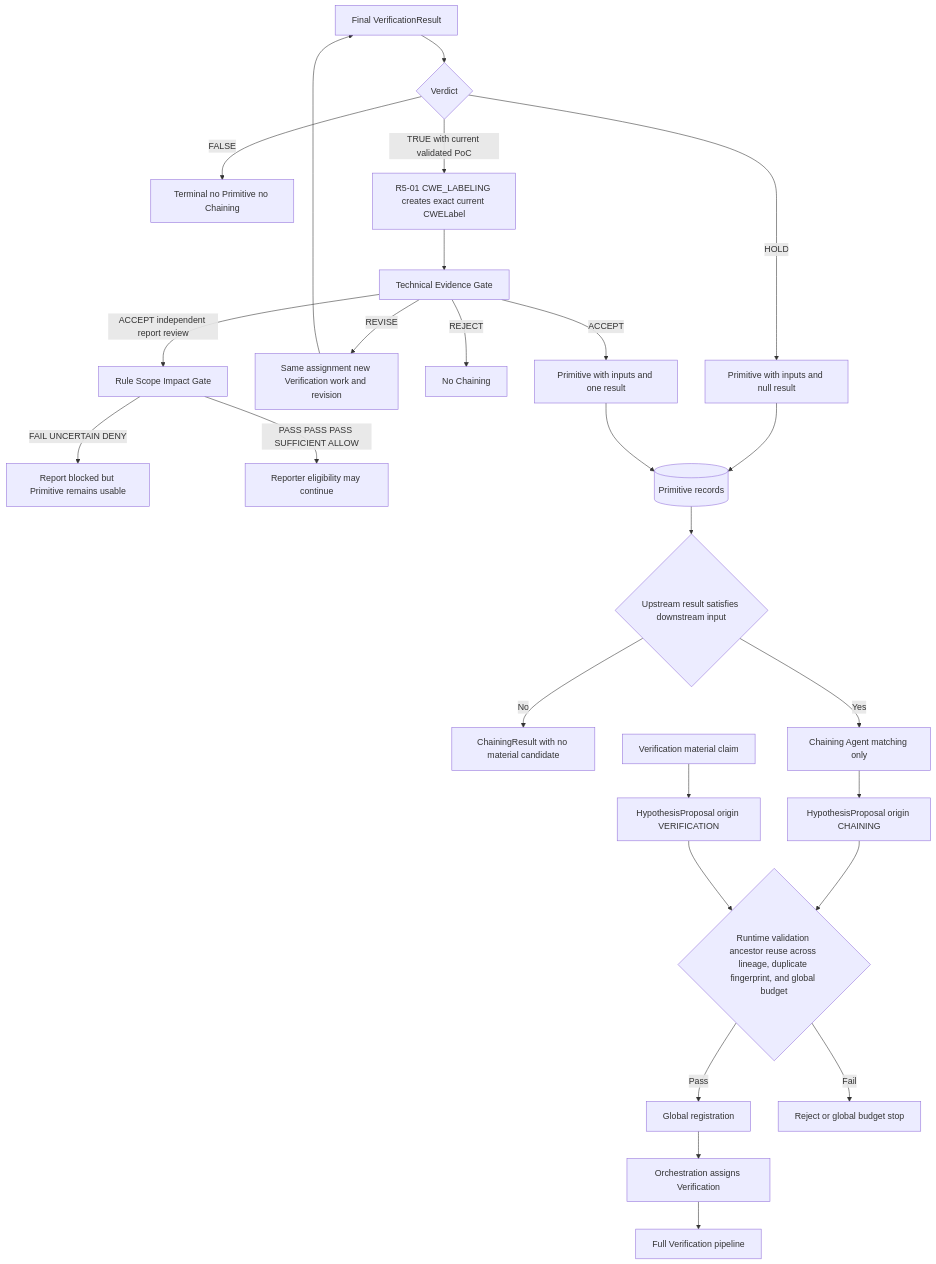
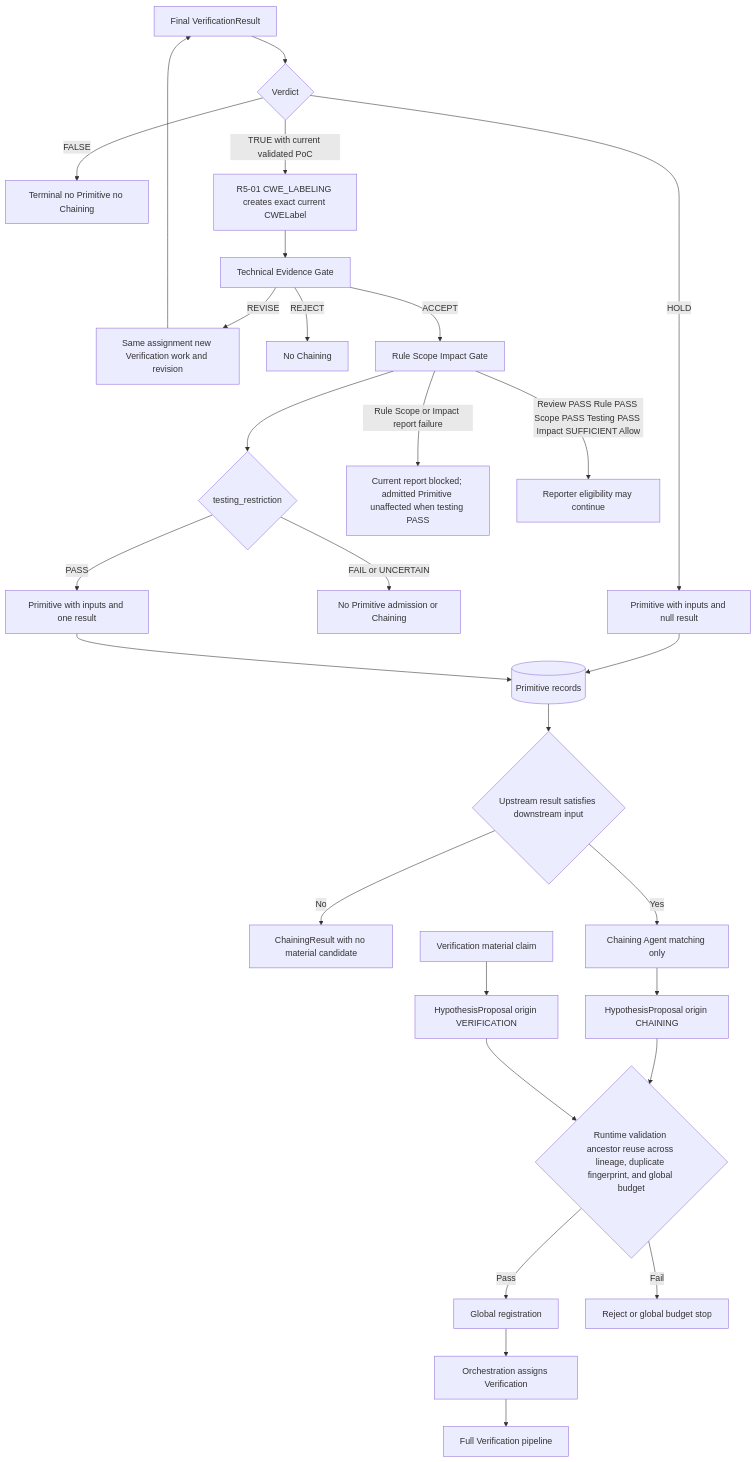
One commit to SASTsimi/sastsimi changed the fifth of 13 diagrams in docs/architecture-v5/13-architecture-diagrams.md. Above: the diagram before and after it, drawn with Mermaid. The commit also changed other lines of this file and 25 other files, not shown here.

Commit message:
docs: align R5-02 primitive admission with testing restrictions

````diff
--- a/docs/architecture-v5/13-architecture-diagrams.md
+++ b/docs/architecture-v5/13-architecture-diagrams.md
@@ -211,28 +212,30 @@
 ```mermaid
 flowchart TB
     VR[Final VerificationResult] --> KIND{Verdict}
     KIND -->|FALSE| CLOSED[Terminal no Primitive no Chaining]
     KIND -->|HOLD| REQUIRED[Primitive with inputs and null result]
     KIND -->|TRUE with current validated PoC| CWE[R5-01 CWE_LABELING creates exact current CWELabel]
     CWE --> TECH[Technical Evidence Gate]
     TECH -->|REVISE| SAME[Same assignment new Verification work and revision]
     SAME --> VR
     TECH -->|REJECT| NOCHAIN[No Chaining]
-    TECH -->|ACCEPT| PROVIDED[Primitive with inputs and one result]
-    TECH -->|ACCEPT independent report review| RULE[Rule Scope Impact Gate]
-    RULE -->|FAIL UNCERTAIN DENY| REPORTBLOCK[Report blocked but Primitive remains usable]
-    RULE -->|PASS PASS PASS SUFFICIENT ALLOW| REPORTOK[Reporter eligibility may continue]
+    TECH -->|ACCEPT| RULE[Rule Scope Impact Gate]
+    RULE --> TR{testing_restriction}
+    TR -->|FAIL or UNCERTAIN| NOADMIT[No Primitive admission or Chaining]
+    TR -->|PASS| PROVIDED[Primitive with inputs and one result]
+    RULE -->|Rule Scope or Impact report failure| REPORTBLOCK[Current report blocked; admitted Primitive unaffected when testing PASS]
+    RULE -->|Review PASS Rule PASS Scope PASS Testing PASS Impact SUFFICIENT Allow| REPORTOK[Reporter eligibility may continue]
     REQUIRED --> PDB[(Primitive records)]
     PROVIDED --> PDB
     PDB --> MATCH{Upstream result satisfies downstream input}
     MATCH -->|No| RECORD[ChainingResult with no material candidate]
     MATCH -->|Yes| CHAIN[Chaining Agent matching only]
     CHAIN --> NEW[HypothesisProposal origin CHAINING]
     NEW --> LIMIT{Runtime validation ancestor reuse across lineage, duplicate fingerprint, and global budget}
     LIMIT -->|Pass| REGISTER[Global registration]
     LIMIT -->|Fail| STOP[Reject or global budget stop]
     REGISTER --> ORCH[Orchestration assigns Verification]
     ORCH --> VERIFY[Full Verification pipeline]
     VMAT[Verification material claim] --> VNEW[HypothesisProposal origin VERIFICATION]
     VNEW --> LIMIT
 ```
````
